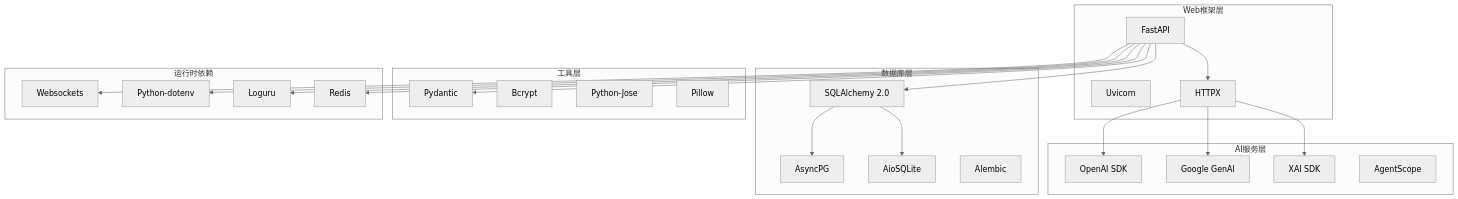
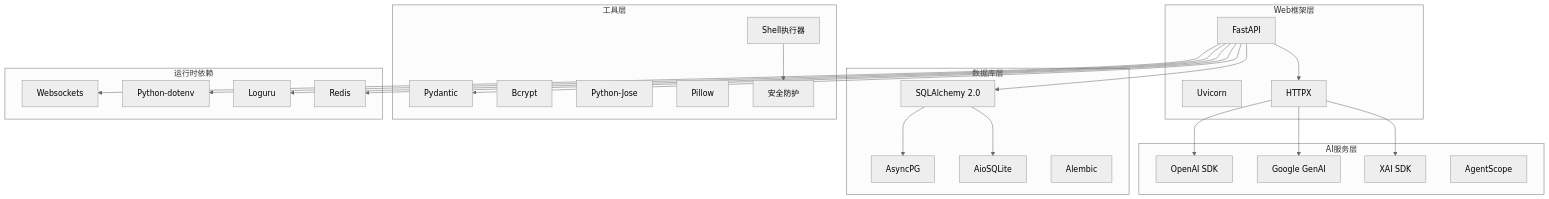
Diagram 11 of 11 in .qoder/repowiki/zh/content/后端开发指南/基础工具服务.md (KunLabAI/KunFlix), drawn with Mermaid (neutral theme) before and after one commit. The commit also changed other lines of this file and 43 other files, not shown here.

````diff
--- a/.qoder/repowiki/zh/content/后端开发指南/基础工具服务.md
+++ b/.qoder/repowiki/zh/content/后端开发指南/基础工具服务.md
@@ -429,44 +487,47 @@
 ```mermaid
 graph TD
 subgraph "Web框架层"
 FastAPI[FastAPI]
 Uvicorn[Uvicorn]
 HTTPX[HTTPX]
 end
 subgraph "数据库层"
 SQLAlchemy[SQLAlchemy 2.0]
 AsyncPG[AsyncPG]
 AioSQLite[AioSQLite]
 Alembic[Alembic]
 end
 subgraph "AI服务层"
 OpenAI[OpenAI SDK]
 GoogleGenAI[Google GenAI]
 XAI[XAI SDK]
 AgentScope[AgentScope]
 end
 subgraph "工具层"
 Pydantic[Pydantic]
 Bcrypt[Bcrypt]
 JWT[Python-Jose]
 Pillow[Pillow]
+Shell[Shell执行器]
+Security[安全防护]
 end
 FastAPI --> SQLAlchemy
 FastAPI --> HTTPX
 FastAPI --> Pydantic
 SQLAlchemy --> AsyncPG
 SQLAlchemy --> AioSQLite
 HTTPX --> OpenAI
 HTTPX --> GoogleGenAI
 HTTPX --> XAI
 subgraph "运行时依赖"
 Websockets[Websockets]
 PythonEnv[Python-dotenv]
 Loguru[Loguru]
 Redis[Redis]
 end
 FastAPI --> Websockets
 FastAPI --> PythonEnv
 FastAPI --> Loguru
 FastAPI --> Redis
+Shell --> Security
 ```
````
